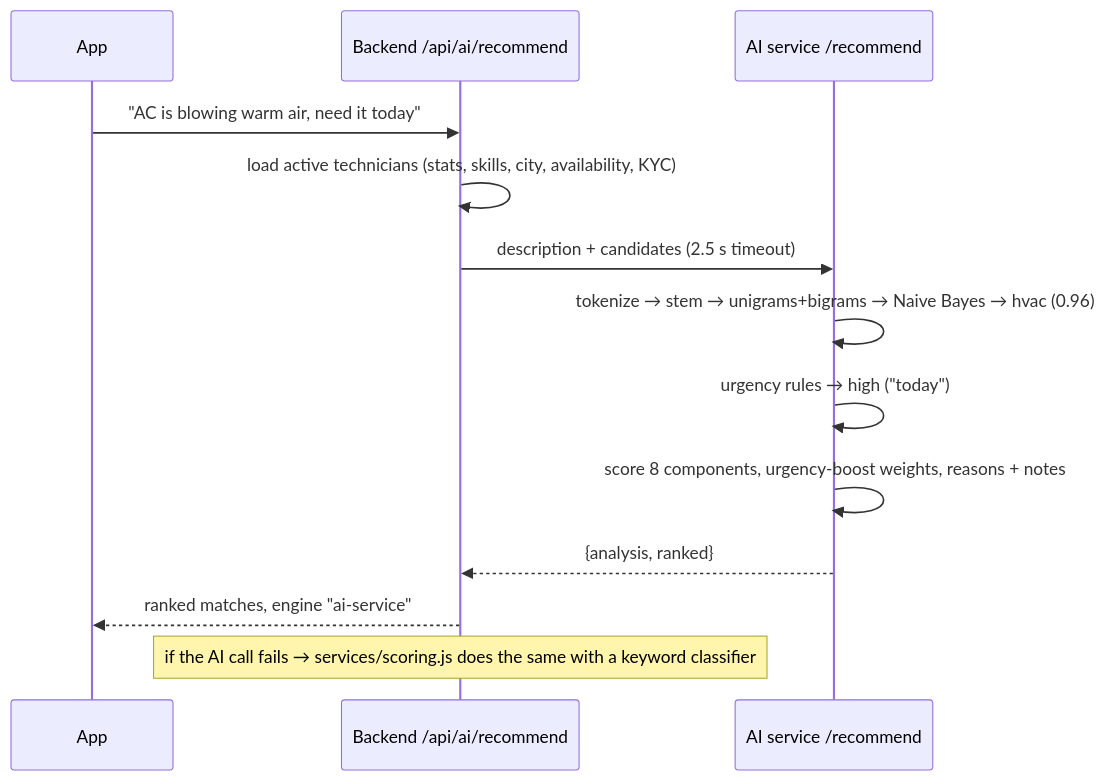
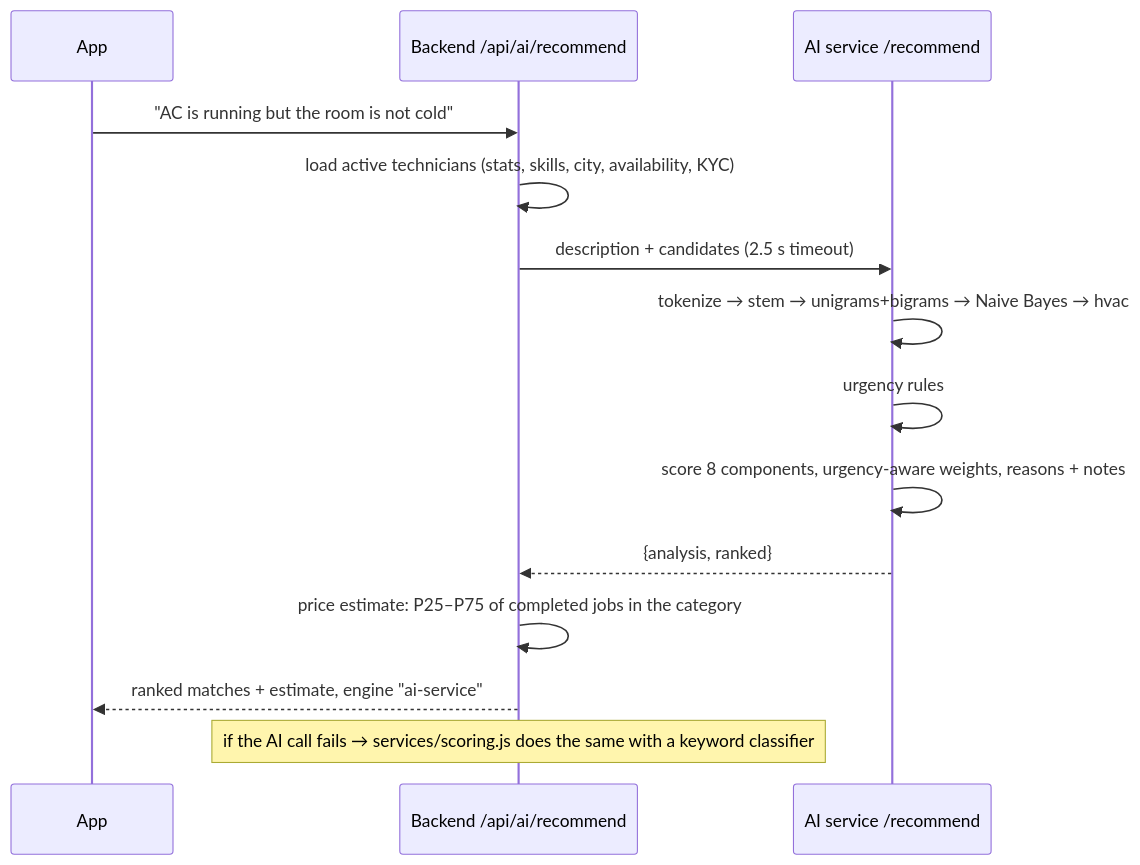
Before and after one commit to haroon7290/surefixing: the fourth of 4 diagrams in docs/ARCHITECTURE.md, drawn with Mermaid. The commit also changed other lines of this file and 146 other files, not shown here.

````diff
--- a/docs/ARCHITECTURE.md
+++ b/docs/ARCHITECTURE.md
@@ -227,15 +271,16 @@
 ```mermaid
 sequenceDiagram
     participant App
     participant API as Backend /api/ai/recommend
     participant AI as AI service /recommend
-    App->>API: "AC is blowing warm air, need it today"
+    App->>API: "AC is running but the room is not cold"
     API->>API: load active technicians (stats, skills, city, availability, KYC)
     API->>AI: description + candidates (2.5 s timeout)
-    AI->>AI: tokenize → stem → unigrams+bigrams → Naive Bayes → hvac (0.96)
-    AI->>AI: urgency rules → high ("today")
-    AI->>AI: score 8 components, urgency-boost weights, reasons + notes
+    AI->>AI: tokenize → stem → unigrams+bigrams → Naive Bayes → hvac
+    AI->>AI: urgency rules
+    AI->>AI: score 8 components, urgency-aware weights, reasons + notes
     AI-->>API: {analysis, ranked}
-    API-->>App: ranked matches, engine "ai-service"
+    API->>API: price estimate: P25–P75 of completed jobs in the category
+    API-->>App: ranked matches + estimate, engine "ai-service"
     Note over API: if the AI call fails → services/scoring.js does the same with a keyword classifier
 ```
````
